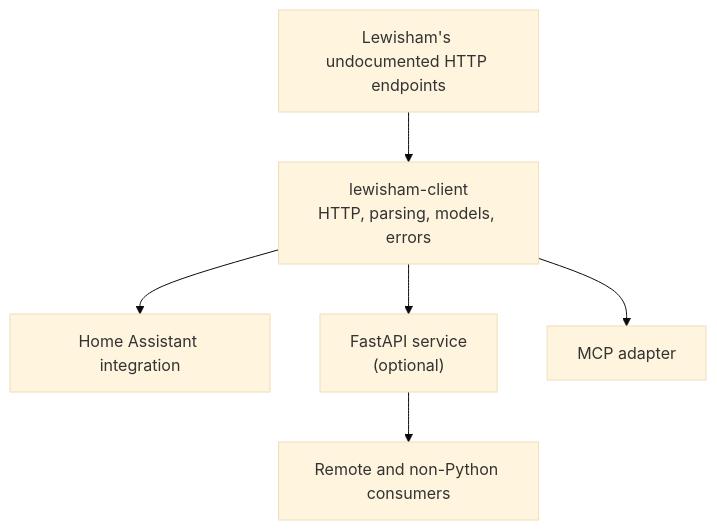
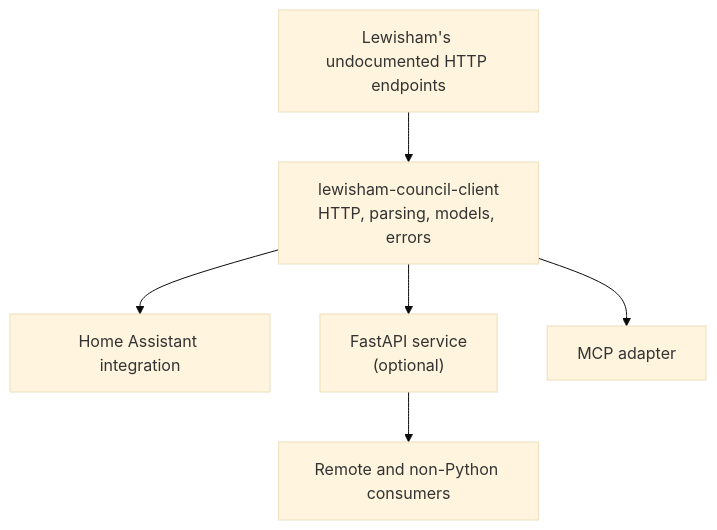
Before and after one commit to OliverFarren/lewisham-council-scraper: the diagram in docs/design_002_client_first_architecture.md, drawn with Mermaid (base theme). The commit also changed other lines of this file and 31 other files, not shown here.

Commit message:
rename package to lewisham-council-client and harden for PyPI publish

````diff
--- a/docs/design_002_client_first_architecture.md
+++ b/docs/design_002_client_first_architecture.md
@@ -85,15 +85,15 @@
 ```mermaid
 flowchart TD
     upstream["Lewisham's undocumented HTTP endpoints"]
-    client["lewisham-client<br/>HTTP, parsing, models, errors"]
+    client["lewisham-council-client<br/>HTTP, parsing, models, errors"]
     ha["Home Assistant integration"]
     api["FastAPI service<br/>(optional)"]
     mcp["MCP adapter"]
     other["Remote and non-Python consumers"]
 
     upstream --> client
     client --> ha
     client --> api
     client --> mcp
     api --> other
 ```
````
